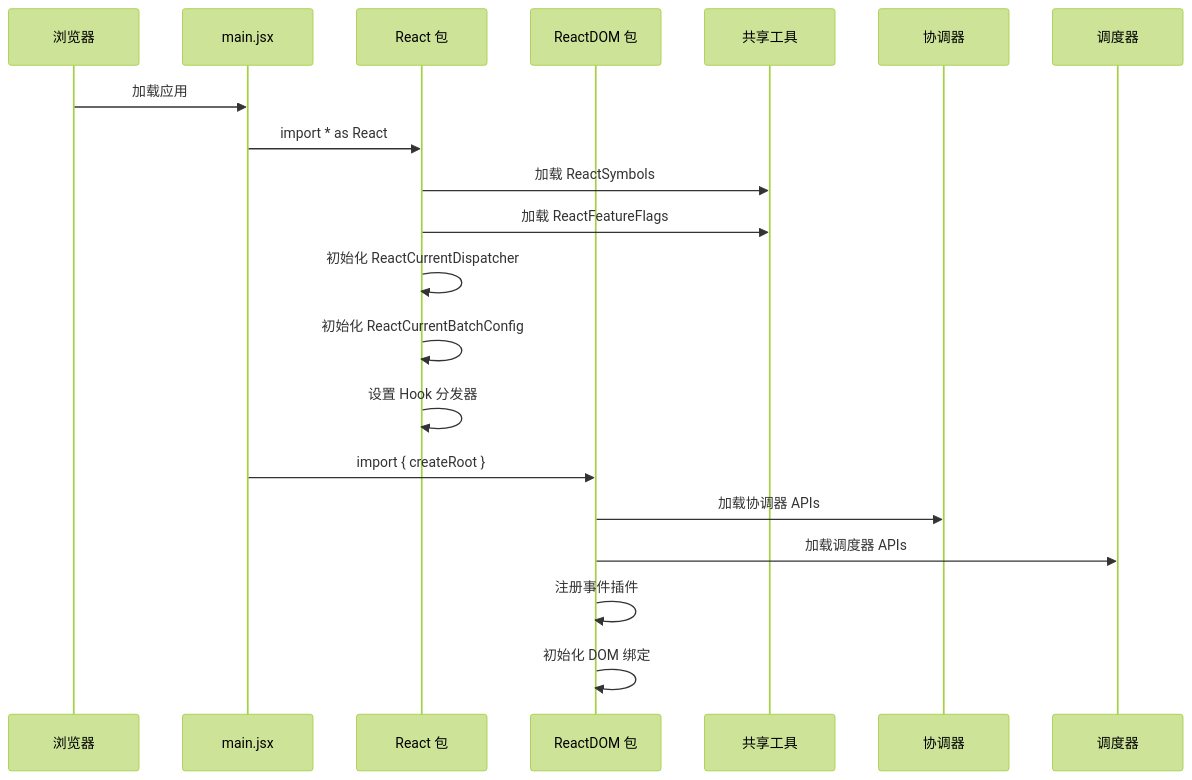
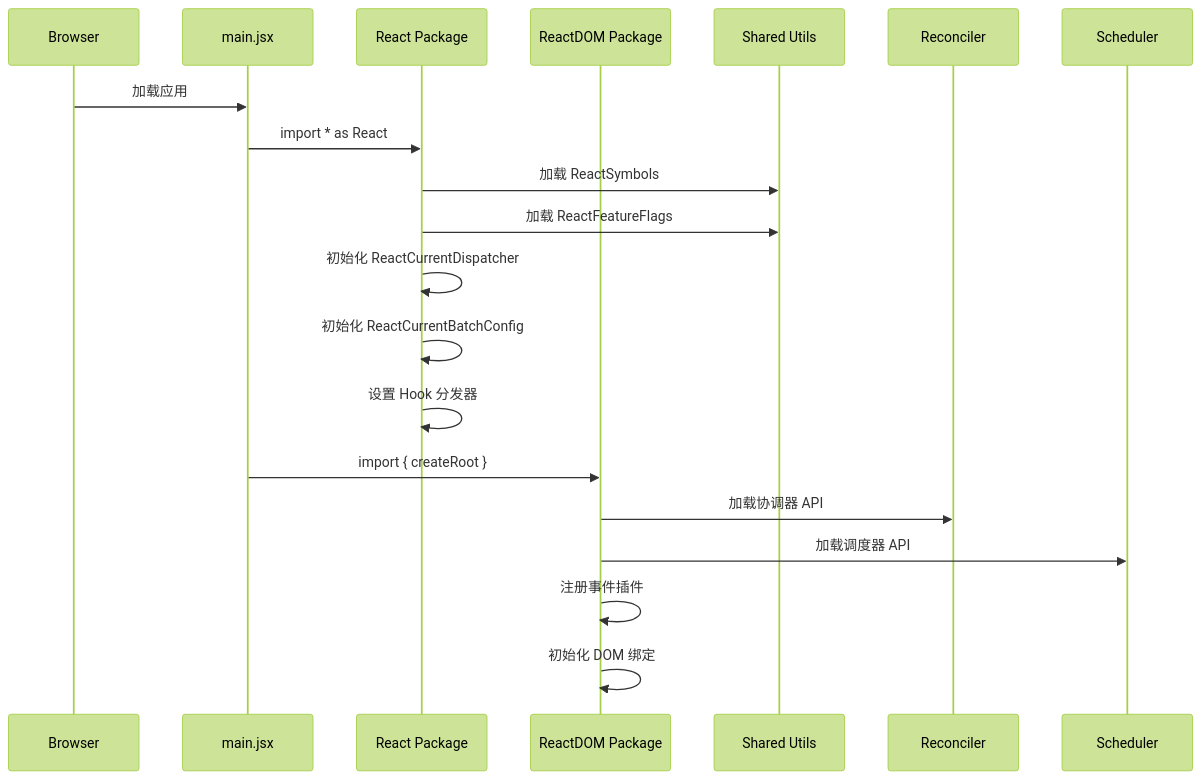
Before and after one commit to changcheng1/react18-source-implementation: the second of 11 diagrams in README_CN.md, drawn with Mermaid (forest theme). The commit also changed other lines of this file, not shown here.

````diff
--- a/README_CN.md
+++ b/README_CN.md
@@ -1464,24 +136,24 @@
 ```mermaid
 sequenceDiagram
-    participant Browser as 浏览器
+    participant Browser as Browser
     participant Main as main.jsx
-    participant React as React 包
-    participant ReactDOM as ReactDOM 包
-    participant Shared as 共享工具
-    participant Reconciler as 协调器
-    participant Scheduler as 调度器
+    participant React as React Package
+    participant ReactDOM as ReactDOM Package
+    participant Shared as Shared Utils
+    participant Reconciler as Reconciler
+    participant Scheduler as Scheduler
 
     Browser->>Main: 加载应用
     Main->>React: import * as React
     React->>Shared: 加载 ReactSymbols
     React->>Shared: 加载 ReactFeatureFlags
     React->>React: 初始化 ReactCurrentDispatcher
     React->>React: 初始化 ReactCurrentBatchConfig
     React->>React: 设置 Hook 分发器
 
     Main->>ReactDOM: import { createRoot }
-    ReactDOM->>Reconciler: 加载协调器 APIs
-    ReactDOM->>Scheduler: 加载调度器 APIs
+    ReactDOM->>Reconciler: 加载协调器 API
+    ReactDOM->>Scheduler: 加载调度器 API
     ReactDOM->>ReactDOM: 注册事件插件
     ReactDOM->>ReactDOM: 初始化 DOM 绑定
 ```
````
